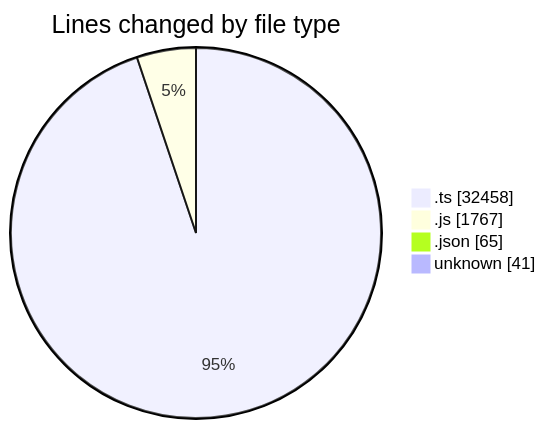
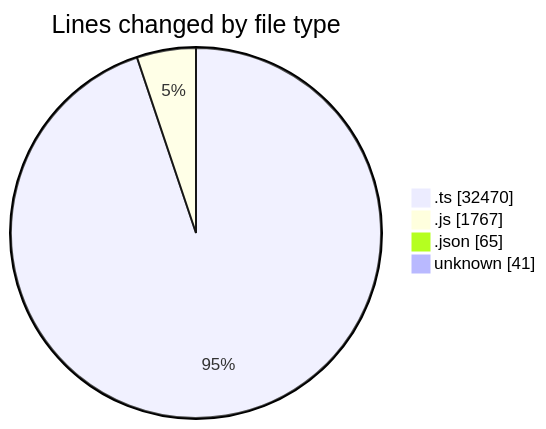
Before and after one commit to momahboobian/code-tracking: the first of 2 diagrams in 2025-07-31/cda/README.md, drawn with Mermaid. The commit also changed other lines of this file and 1 other file, not shown here.

````diff
--- a/2025-07-31/cda/README.md
+++ b/2025-07-31/cda/README.md
@@ -29,8 +29,8 @@
 ```mermaid
 pie showData
 title Lines changed by file type
-".ts" : 32458
+".ts" : 32470
 ".js" : 1767
 ".json" : 65
 "unknown" : 41
 ```
````
